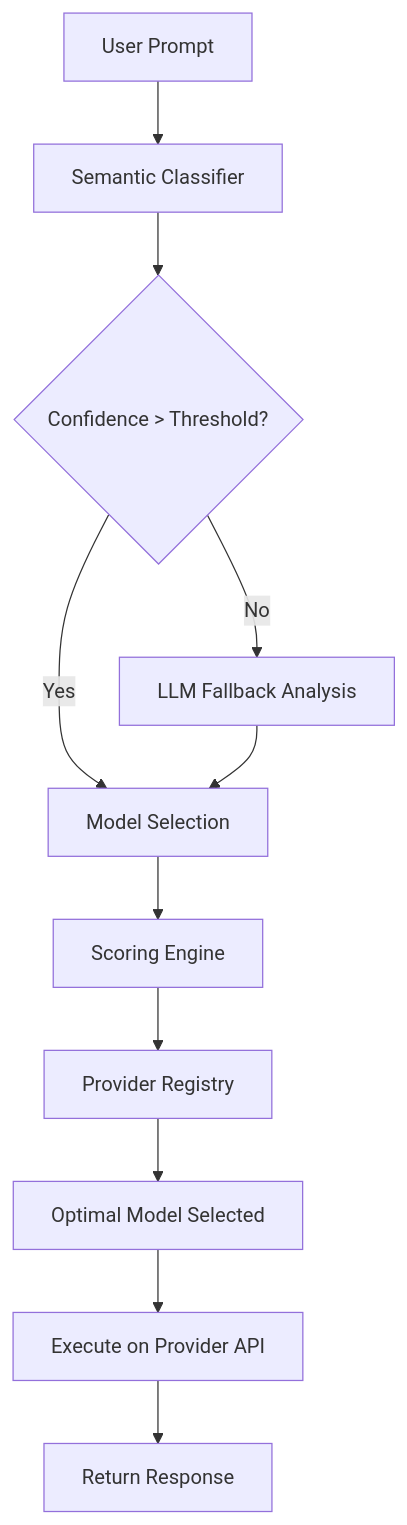
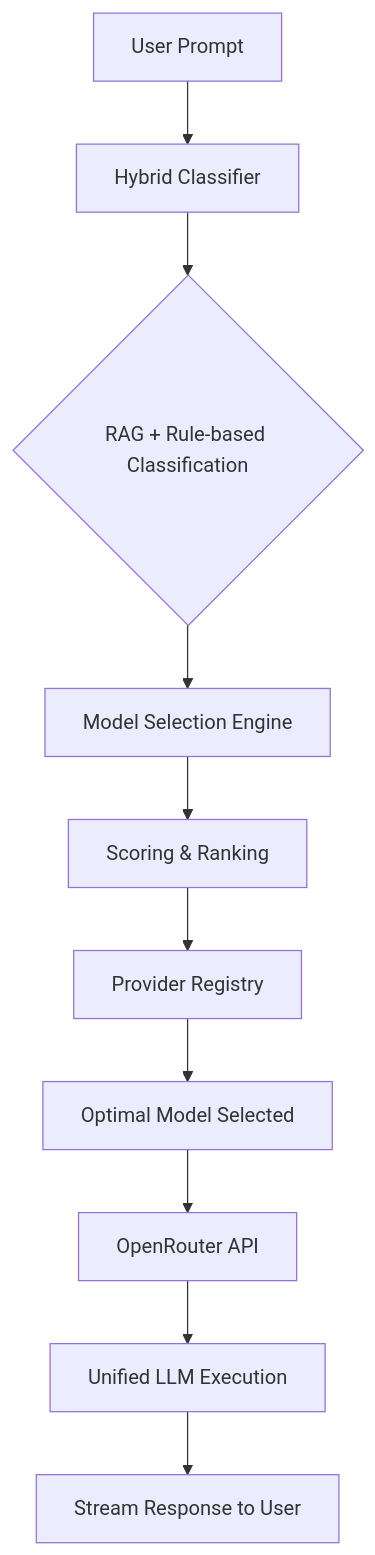
The diagram in README.md (brentsWorks/llm-router), drawn with Mermaid before and after one commit. The commit also changed other lines of this file and 1 other file, not shown here.

Commit message:
docs: Update README and development roadmap to highlight planned future phase changes -> Client-side API Keys -> OpenRouter API usage

````diff
--- a/README.md
+++ b/README.md
@@ -158,13 +168,12 @@
 ```mermaid
 graph TD
-    A[User Prompt] --> B[Semantic Classifier]
-    B --> C{Confidence > Threshold?}
-    C -->|Yes| D[Model Selection]
-    C -->|No| E[LLM Fallback Analysis]
-    E --> D
-    D --> F[Scoring Engine]
-    F --> G[Provider Registry]
-    G --> H[Optimal Model Selected]
-    H --> I[Execute on Provider API]
-    I --> J[Return Response]
+    A[User Prompt] --> B[Hybrid Classifier]
+    B --> C{RAG + Rule-based Classification}
+    C --> D[Model Selection Engine]
+    D --> E[Scoring & Ranking]
+    E --> F[Provider Registry]
+    F --> G[Optimal Model Selected]
+    G --> H[OpenRouter API]
+    H --> I[Unified LLM Execution]
+    I --> J[Stream Response to User]
 ```
````
